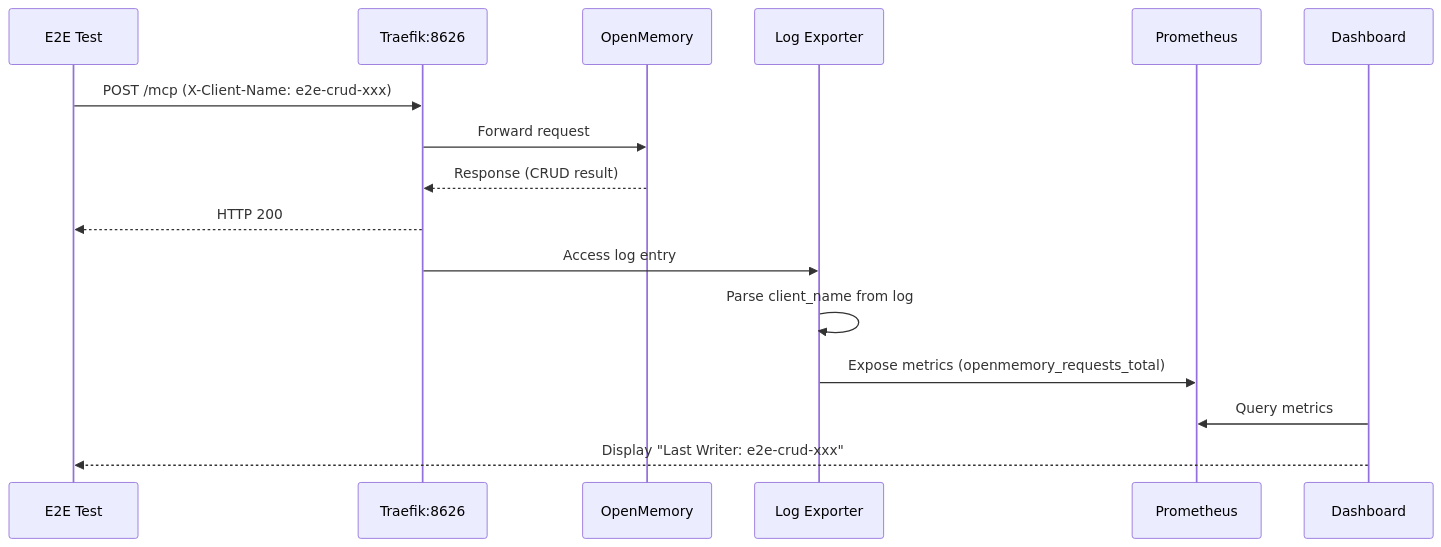
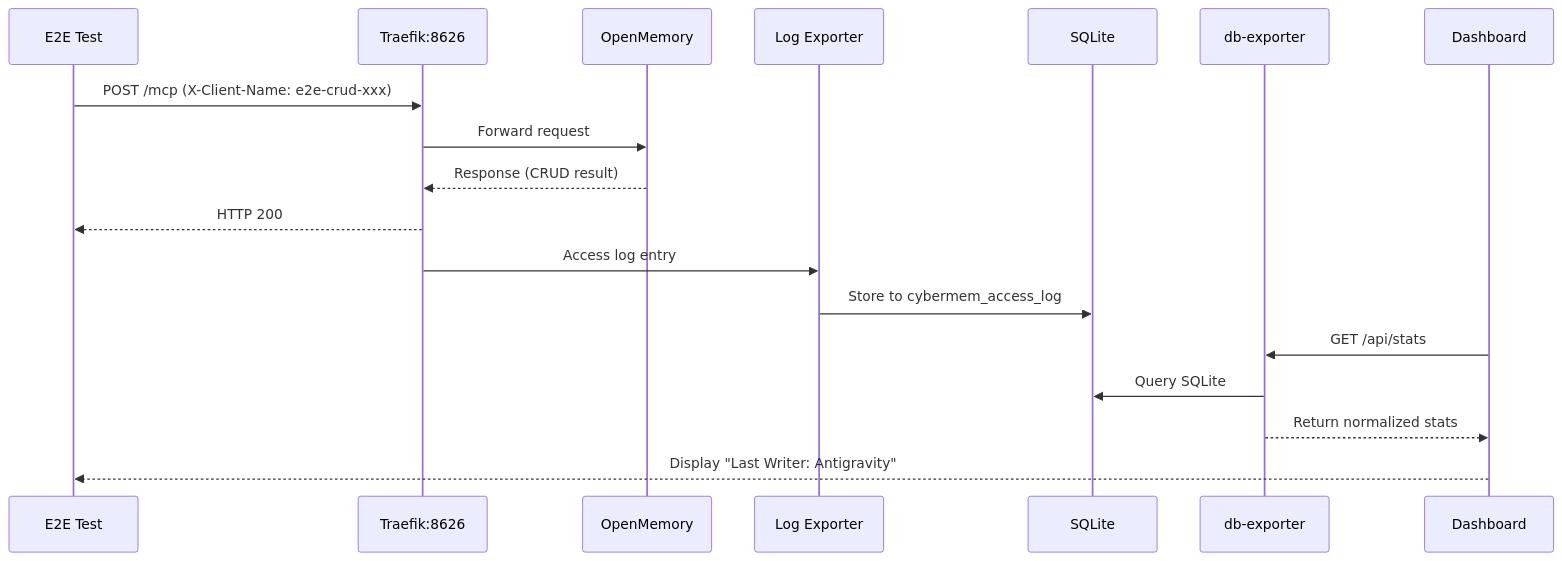
The diagram in GEMINI.md (mikhailkogan17/cybermem), drawn with Mermaid before and after one commit. The commit also changed other lines of this file and 7 other files, not shown here.

````diff
--- a/GEMINI.md
+++ b/GEMINI.md
@@ -234,19 +238,21 @@
 ```mermaid
 sequenceDiagram
     participant Test as E2E Test
     participant Traefik as Traefik:8626
     participant OM as OpenMemory
     participant LE as Log Exporter
-    participant Prom as Prometheus
+    participant DB as SQLite
+    participant DBE as db-exporter
     participant Dash as Dashboard
 
     Test->>Traefik: POST /mcp (X-Client-Name: e2e-crud-xxx)
     Traefik->>OM: Forward request
     OM-->>Traefik: Response (CRUD result)
     Traefik-->>Test: HTTP 200
     Traefik->>LE: Access log entry
-    LE->>LE: Parse client_name from log
-    LE->>Prom: Expose metrics (openmemory_requests_total)
-    Dash->>Prom: Query metrics
-    Dash-->>Test: Display "Last Writer: e2e-crud-xxx"
+    LE->>DB: Store to cybermem_access_log
+    Dash->>DBE: GET /api/stats
+    DBE->>DB: Query SQLite
+    DBE-->>Dash: Return normalized stats
+    Dash-->>Test: Display "Last Writer: Antigravity"
 ```
````
